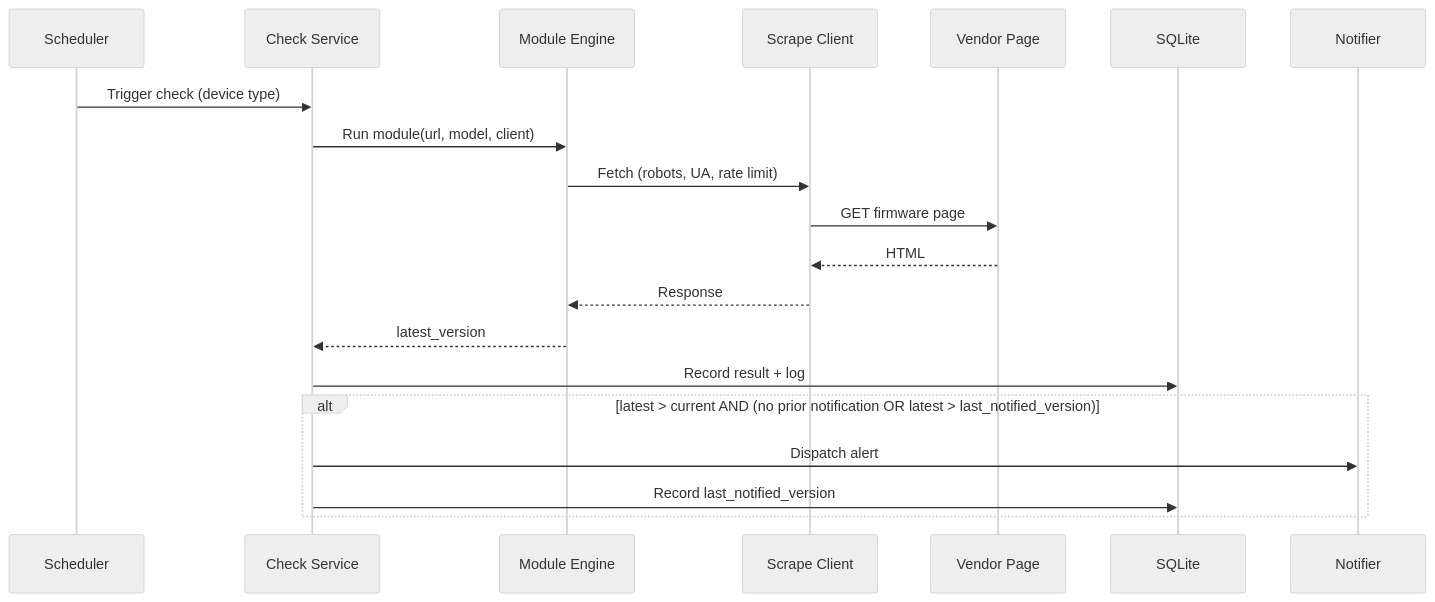
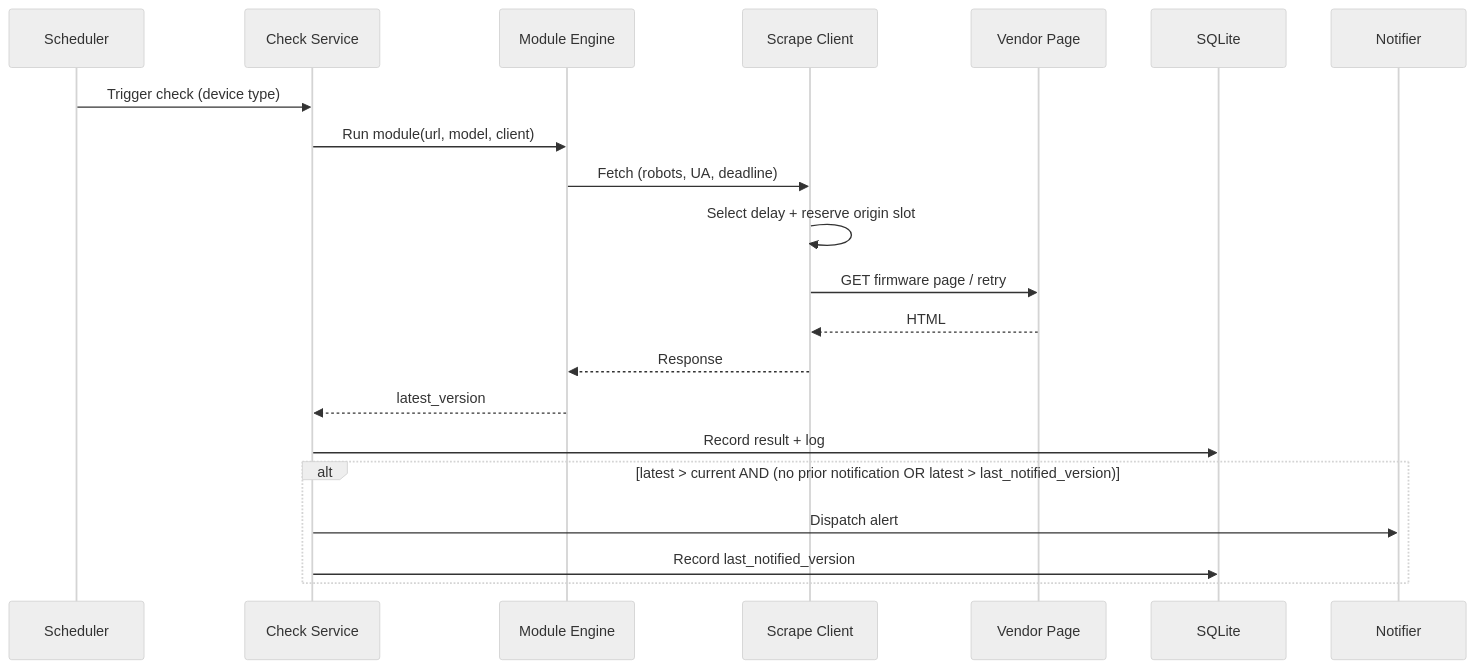
Before and after one commit to attilaszasz/Binocular: the fourth of 5 diagrams in specs/sad.md, drawn with Mermaid (neutral theme). The commit also changed other lines of this file and 43 other files, not shown here.

````diff
--- a/specs/sad.md
+++ b/specs/sad.md
@@ -106,22 +106,23 @@
 ```mermaid
 sequenceDiagram
     participant Sched as Scheduler
     participant Svc as Check Service
     participant Eng as Module Engine
     participant HTTP as Scrape Client
     participant Vendor as Vendor Page
     participant DB as SQLite
     participant Notify as Notifier
     Sched->>Svc: Trigger check (device type)
     Svc->>Eng: Run module(url, model, client)
-    Eng->>HTTP: Fetch (robots, UA, rate limit)
-    HTTP->>Vendor: GET firmware page
+    Eng->>HTTP: Fetch (robots, UA, deadline)
+    HTTP->>HTTP: Select delay + reserve origin slot
+    HTTP->>Vendor: GET firmware page / retry
     Vendor-->>HTTP: HTML
     HTTP-->>Eng: Response
     Eng-->>Svc: latest_version
     Svc->>DB: Record result + log
     alt latest > current AND (no prior notification OR latest > last_notified_version)
         Svc->>Notify: Dispatch alert
         Svc->>DB: Record last_notified_version
     end
 ```
````
